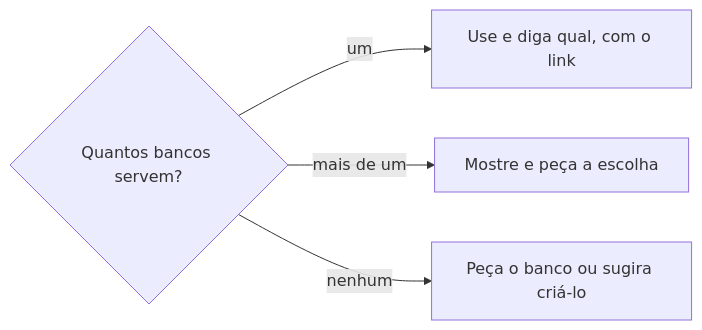
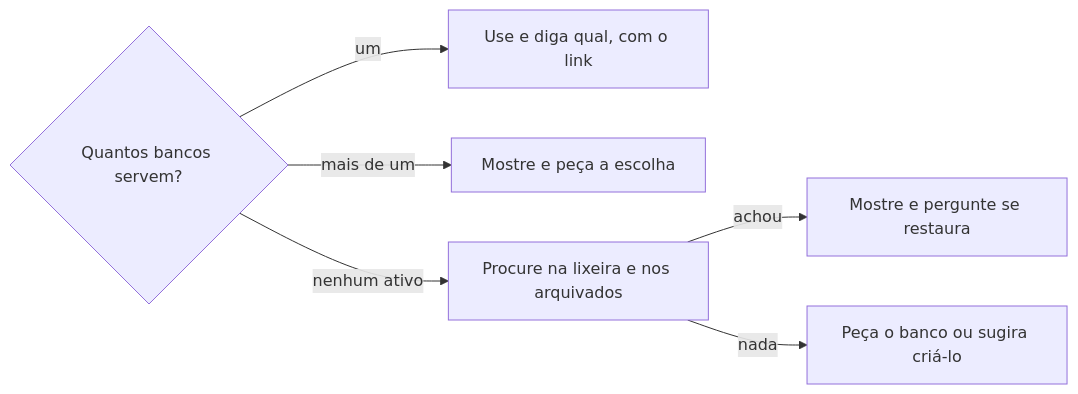
The diagram in .agents/skills/procurar-banco-de-dados/SKILL.md (jimmyandrade/harness), drawn with Mermaid before and after one commit. The commit also changed other lines of this file and 2 other files, not shown here.

Commit message:
fix(procurar-banco-de-dados): look in the trash and the archived ones before asking for or creating a database

````diff
--- a/.agents/skills/procurar-banco-de-dados/SKILL.md
+++ b/.agents/skills/procurar-banco-de-dados/SKILL.md
@@ -38,6 +38,8 @@
 ```mermaid
 flowchart LR
   Q{Quantos bancos servem?} -->|um| U[Use e diga qual, com o link]
   Q -->|mais de um| C[Mostre e peça a escolha]
-  Q -->|nenhum| N[Peça o banco ou sugira criá-lo]
+  Q -->|nenhum ativo| T[Procure na lixeira e nos arquivados]
+  T -->|achou| R[Mostre e pergunte se restaura]
+  T -->|nada| N[Peça o banco ou sugira criá-lo]
 ```
````
